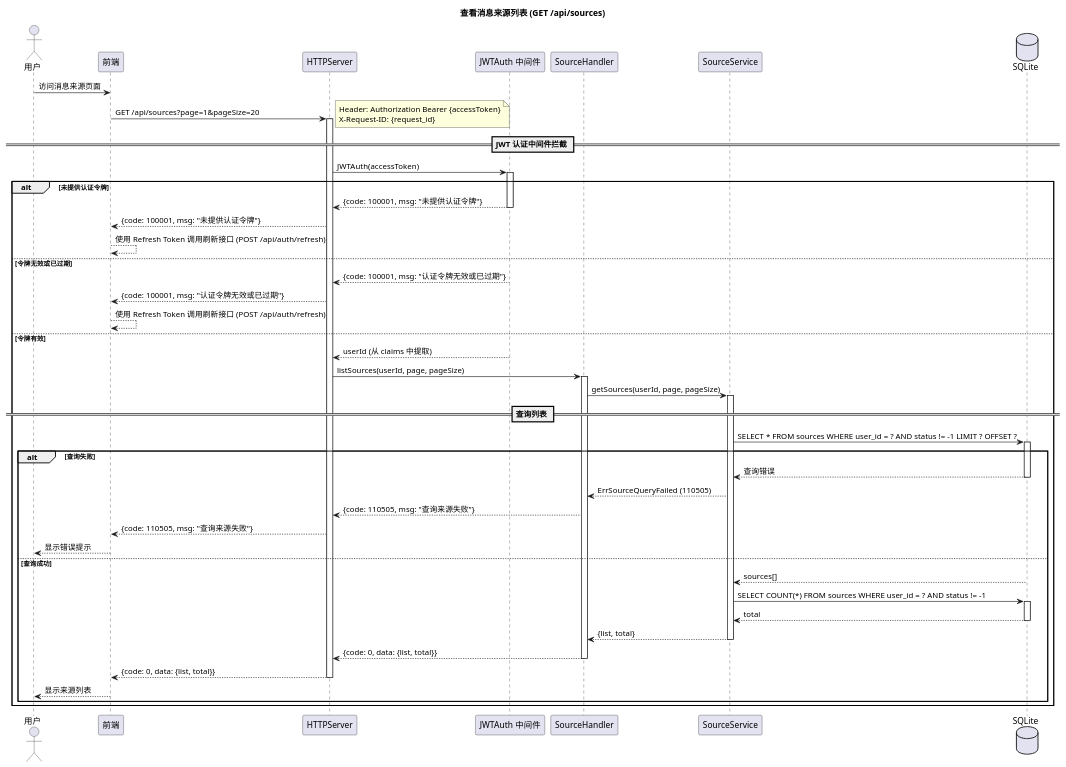
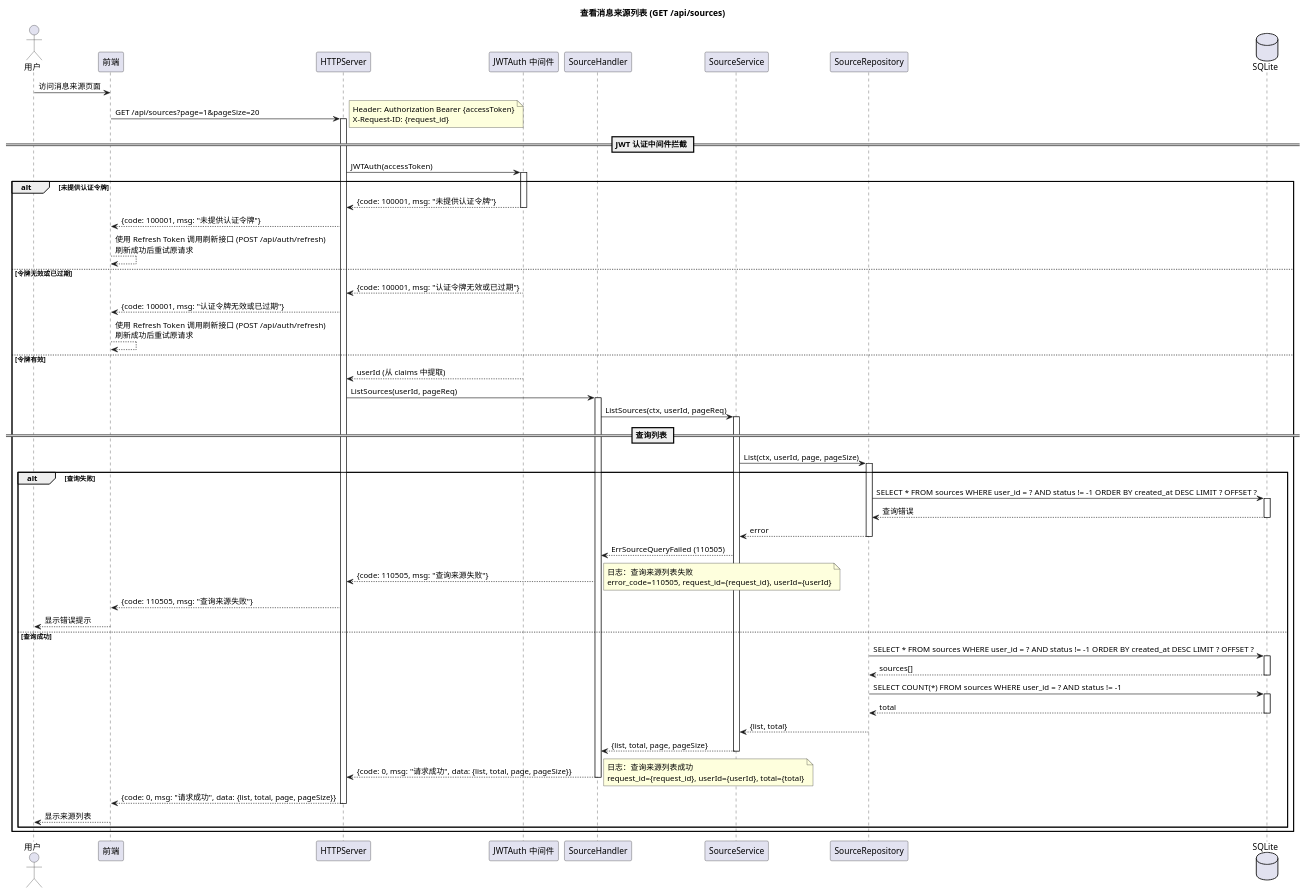
Before and after one commit to loommii/OctoTify: the diagram in docs/uml/02-sequence/02-03-list-sources.puml, drawn with PlantUML. The commit also changed 4 other files, not shown here.

First line of the commit message:
✨ feat(source): 实现查看消息来源列表接口 GET /api/sources

```diff
--- a/docs/uml/02-sequence/02-03-list-sources.puml
+++ b/docs/uml/02-sequence/02-03-list-sources.puml
@@ -1,73 +1,84 @@
 @startuml OctoTify_Sequence_ListSources
 
 skinparam sequenceStyle svg
 skinparam linetype ortho
 
 title 查看消息来源列表 (GET /api/sources)
 
 actor "用户" as User
 participant "前端" as Frontend
 participant "HTTPServer" as Server
 participant "JWTAuth 中间件" as JWT
 participant "SourceHandler" as Handler
 participant "SourceService" as Service
+participant "SourceRepository" as Repo
 database "SQLite" as DB
 
 User -> Frontend: 访问消息来源页面
 Frontend -> Server: GET /api/sources?page=1&pageSize=20
 note right: Header: Authorization Bearer {accessToken}\nX-Request-ID: {request_id}
 activate Server
 
 == JWT 认证中间件拦截 ==
 
 Server -> JWT: JWTAuth(accessToken)
 activate JWT
 
 alt 未提供认证令牌
     JWT --> Server: {code: 100001, msg: "未提供认证令牌"}
     deactivate JWT
     Server --> Frontend: {code: 100001, msg: "未提供认证令牌"}
-    Frontend --> Frontend: 使用 Refresh Token 调用刷新接口 (POST /api/auth/refresh)
+    Frontend --> Frontend: 使用 Refresh Token 调用刷新接口 (POST /api/auth/refresh)\n刷新成功后重试原请求
 else 令牌无效或已过期
     JWT --> Server: {code: 100001, msg: "认证令牌无效或已过期"}
     deactivate JWT
     Server --> Frontend: {code: 100001, msg: "认证令牌无效或已过期"}
-    Frontend --> Frontend: 使用 Refresh Token 调用刷新接口 (POST /api/auth/refresh)
+    Frontend --> Frontend: 使用 Refresh Token 调用刷新接口 (POST /api/auth/refresh)\n刷新成功后重试原请求
 else 令牌有效
     JWT --> Server: userId (从 claims 中提取)
     deactivate JWT
-    Server -> Handler: listSources(userId, page, pageSize)
+    Server -> Handler: ListSources(userId, pageReq)
     activate Handler
-    Handler -> Service: getSources(userId, page, pageSize)
+    Handler -> Service: ListSources(ctx, userId, pageReq)
     activate Service
 
     == 查询列表 ==
 
-    Service -> DB: SELECT * FROM sources WHERE user_id = ? AND status != -1 LIMIT ? OFFSET ?
-    activate DB
+    Service -> Repo: List(ctx, userId, page, pageSize)
+    activate Repo
 
     alt 查询失败
-        DB --> Service: 查询错误
+        Repo -> DB: SELECT * FROM sources WHERE user_id = ? AND status != -1 ORDER BY created_at DESC LIMIT ? OFFSET ?
+        activate DB
+        DB --> Repo: 查询错误
         deactivate DB
+        Repo --> Service: error
+        deactivate Repo
         Service --> Handler: ErrSourceQueryFailed (110505)
         Handler --> Server: {code: 110505, msg: "查询来源失败"}
+        note right: 日志：查询来源列表失败\nerror_code=110505, request_id={request_id}, userId={userId}
         Server --> Frontend: {code: 110505, msg: "查询来源失败"}
         Frontend --> User: 显示错误提示
     else 查询成功
-        DB --> Service: sources[]
+        Repo -> DB: SELECT * FROM sources WHERE user_id = ? AND status != -1 ORDER BY created_at DESC LIMIT ? OFFSET ?
+        activate DB
+        DB --> Repo: sources[]
         deactivate DB
-        Service -> DB: SELECT COUNT(*) FROM sources WHERE user_id = ? AND status != -1
+        Repo -> DB: SELECT COUNT(*) FROM sources WHERE user_id = ? AND status != -1
         activate DB
-        DB --> Service: total
+        DB --> Repo: total
         deactivate DB
-        Service --> Handler: {list, total}
+        Repo --> Service: {list, total}
+        deactivate Repo
+        Service --> Handler: {list, total, page, pageSize}
         deactivate Service
-        Handler --> Server: {code: 0, data: {list, total}}
+        Handler --> Server: {code: 0, msg: "请求成功", data: {list, total, page, pageSize}}
+        note right: 日志：查询来源列表成功\nrequest_id={request_id}, userId={userId}, total={total}
         deactivate Handler
-        Server --> Frontend: {code: 0, data: {list, total}}
+        Server --> Frontend: {code: 0, msg: "请求成功", data: {list, total, page, pageSize}}
         deactivate Server
         Frontend --> User: 显示来源列表
     end
 end
 
 @enduml
```
